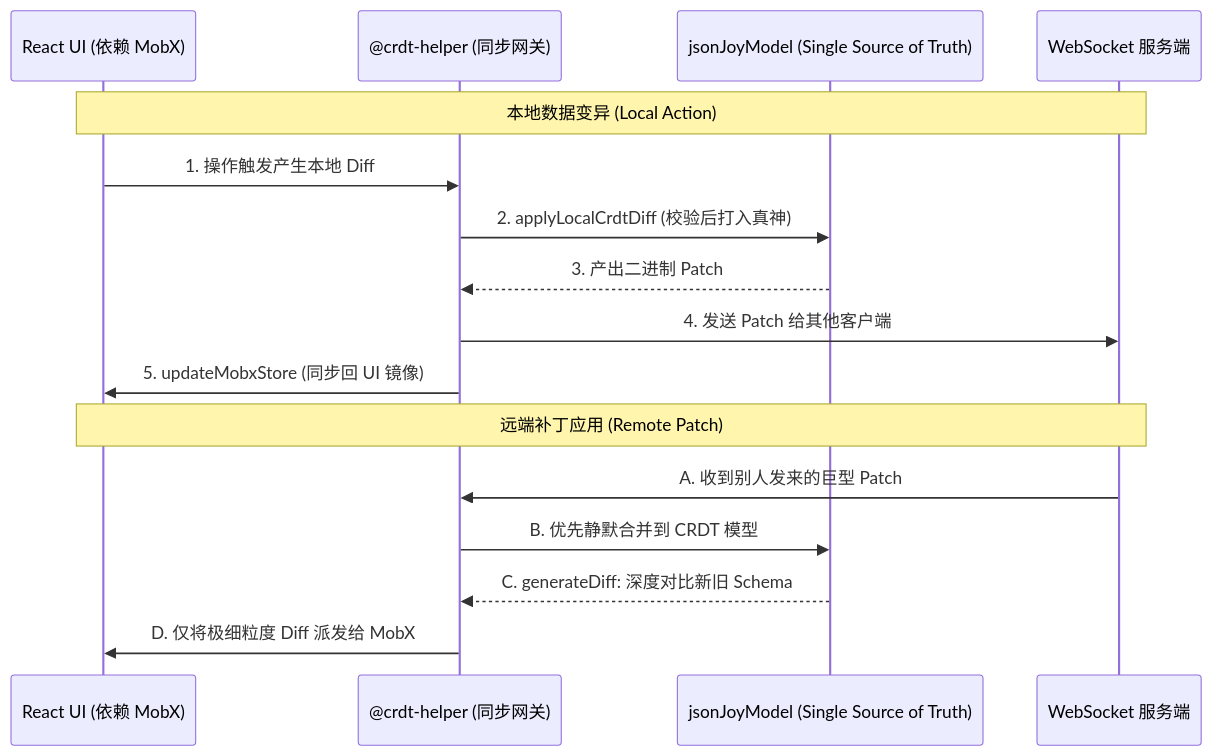
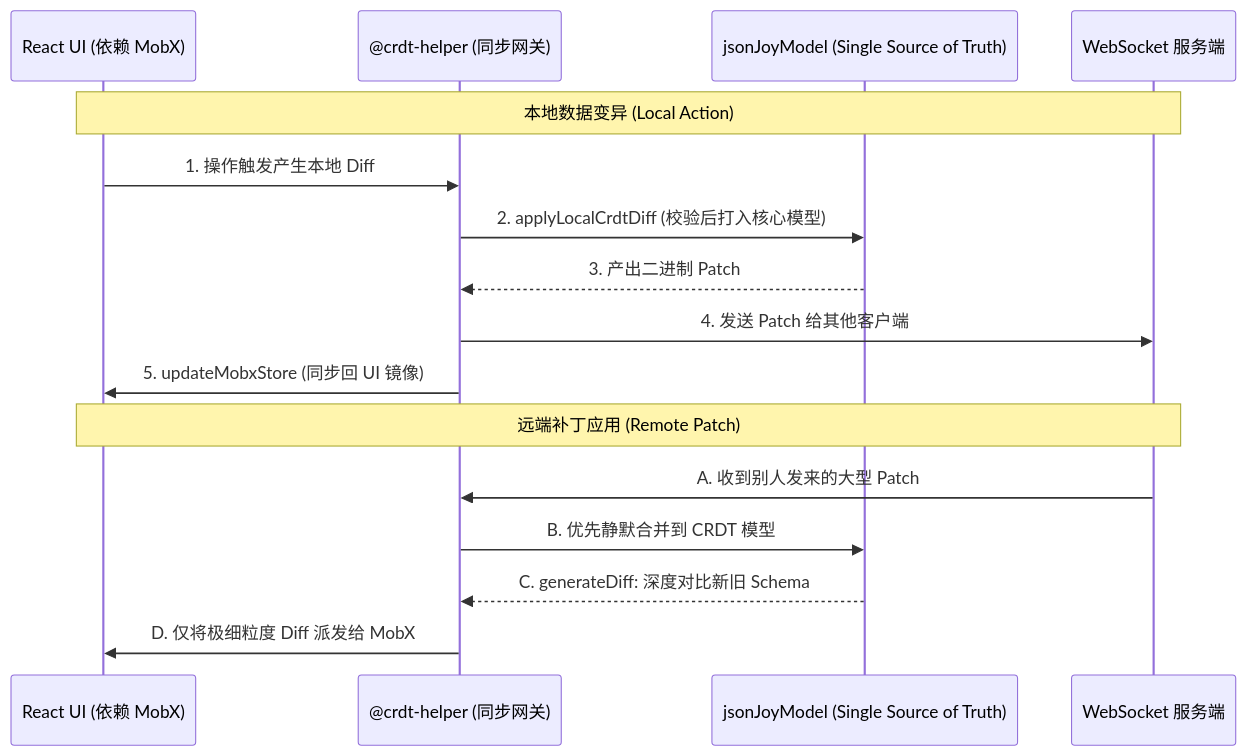
One commit to NollieLeo/NollieLeo.github.io changed the third of 3 diagrams in src/content/posts/zion-crdt-architecture/index.md. Above: the diagram before and after it, drawn with Mermaid. The commit also changed other lines of this file and 5 other files, not shown here.

````diff
--- a/src/content/posts/zion-crdt-architecture/index.md
+++ b/src/content/posts/zion-crdt-architecture/index.md
@@ -140,22 +140,22 @@
 ```mermaid
 sequenceDiagram
     participant UI as React UI (依赖 MobX)
     participant CrdtHelper as @crdt-helper (同步网关)
     participant CRDT as jsonJoyModel (Single Source of Truth)
     participant Server as WebSocket 服务端
     
     %% 本地操作管线
     Note over UI,Server: 本地数据变异 (Local Action)
     UI->>CrdtHelper: 1. 操作触发产生本地 Diff
-    CrdtHelper->>CRDT: 2. applyLocalCrdtDiff (校验后打入真神)
+    CrdtHelper->>CRDT: 2. applyLocalCrdtDiff (校验后打入核心模型)
     CRDT-->>CrdtHelper: 3. 产出二进制 Patch
     CrdtHelper->>Server: 4. 发送 Patch 给其他客户端
     CrdtHelper->>UI: 5. updateMobxStore (同步回 UI 镜像)
     
     %% 远端同步管线
     Note over UI,Server: 远端补丁应用 (Remote Patch)
-    Server->>CrdtHelper: A. 收到别人发来的巨型 Patch
+    Server->>CrdtHelper: A. 收到别人发来的大型 Patch
     CrdtHelper->>CRDT: B. 优先静默合并到 CRDT 模型
     CRDT-->>CrdtHelper: C. generateDiff: 深度对比新旧 Schema
     CrdtHelper->>UI: D. 仅将极细粒度 Diff 派发给 MobX
 ```
````
